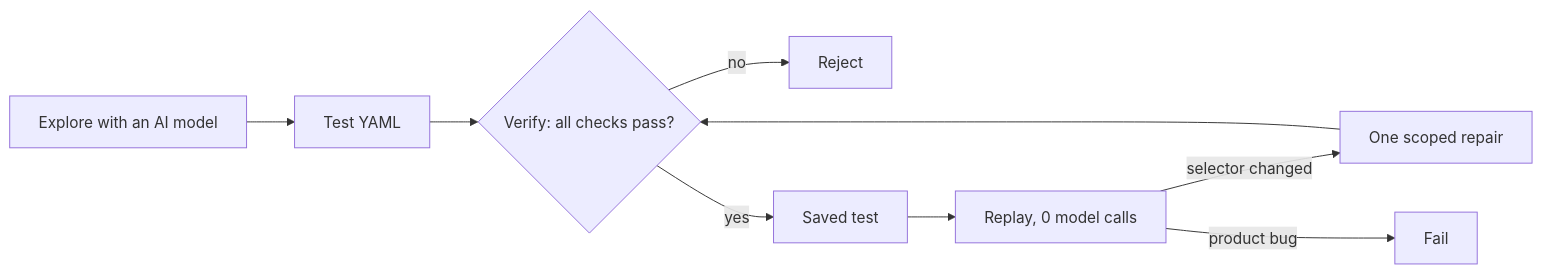
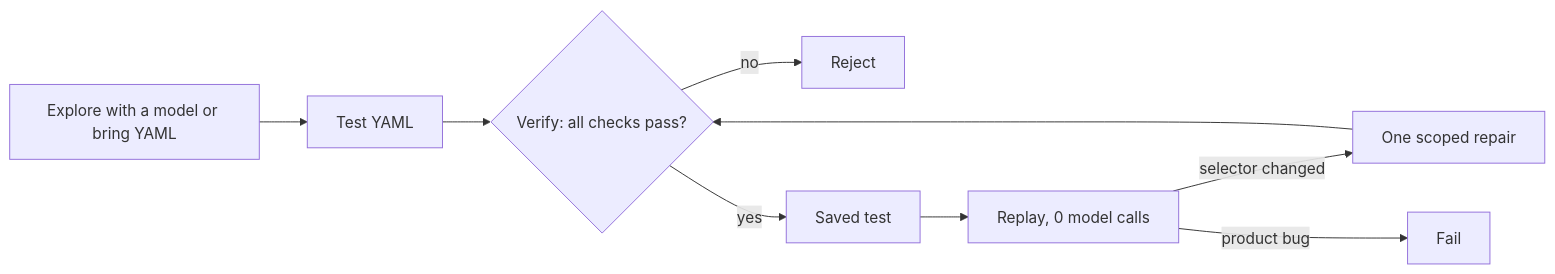
Before and after one commit to seankim-android/deja: the diagram in README.md, drawn with Mermaid. The commit also changed other lines of this file and 1 other file, not shown here.

````diff
--- a/README.md
+++ b/README.md
@@ -36,11 +29,11 @@
 ```mermaid
 flowchart LR
-  A[Explore with an AI model] --> B[Test YAML]
+  A[Explore with a model or bring YAML] --> B[Test YAML]
   B --> C{Verify: all checks pass?}
   C -- no --> X[Reject]
   C -- yes --> D[Saved test]
   D --> E[Replay, 0 model calls]
   E -- selector changed --> F[One scoped repair]
   F --> C
   E -- product bug --> G[Fail]
 ```
````
